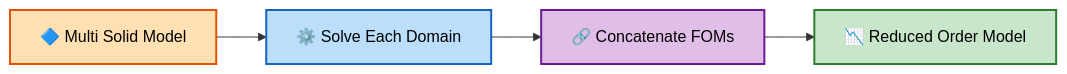
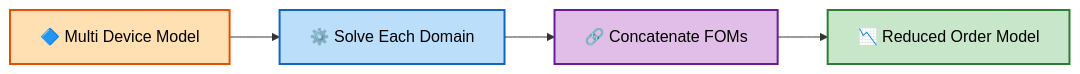
Before and after one commit to Dark-Elektron/cavsim3d: the third of 6 diagrams in docs/architecture.md, drawn with Mermaid. The commit also changed other lines of this file and 11 other files, not shown here.

````diff
--- a/docs/architecture.md
+++ b/docs/architecture.md
@@ -32,8 +32,8 @@
 ```mermaid
 graph LR
-    A3["🔷 Multi Solid Model"]:::input --> B3["⚙️ Solve Each Domain"]:::process --> C3["🔗 Concatenate FOMs"]:::concat --> D3["📉 Reduced Order Model"]:::output
+    A3["🔷 Multi Device Model"]:::input --> B3["⚙️ Solve Each Domain"]:::process --> C3["🔗 Concatenate FOMs"]:::concat --> D3["📉 Reduced Order Model"]:::output
     classDef input fill:#ffe0b2,stroke:#e65100,stroke-width:2px,color:#000
     classDef process fill:#bbdefb,stroke:#1565c0,stroke-width:2px,color:#000
     classDef concat fill:#e1bee7,stroke:#6a1b9a,stroke-width:2px,color:#000
     classDef output fill:#c8e6c9,stroke:#2e7d32,stroke-width:2px,color:#000
 ```
````
